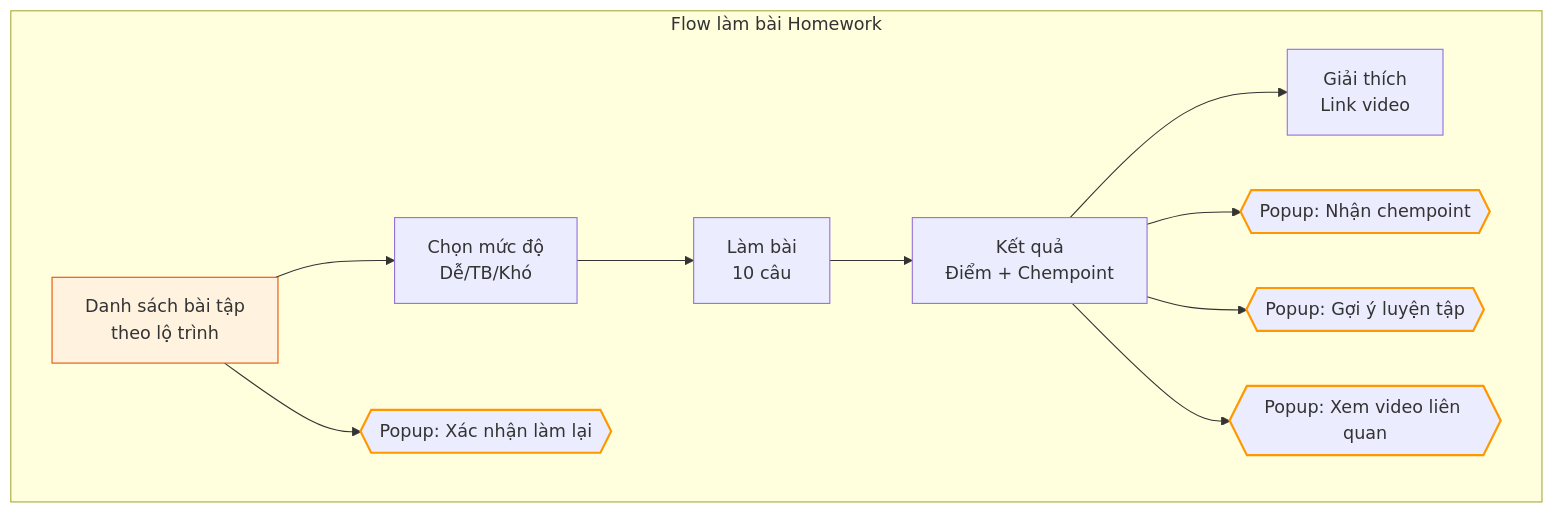
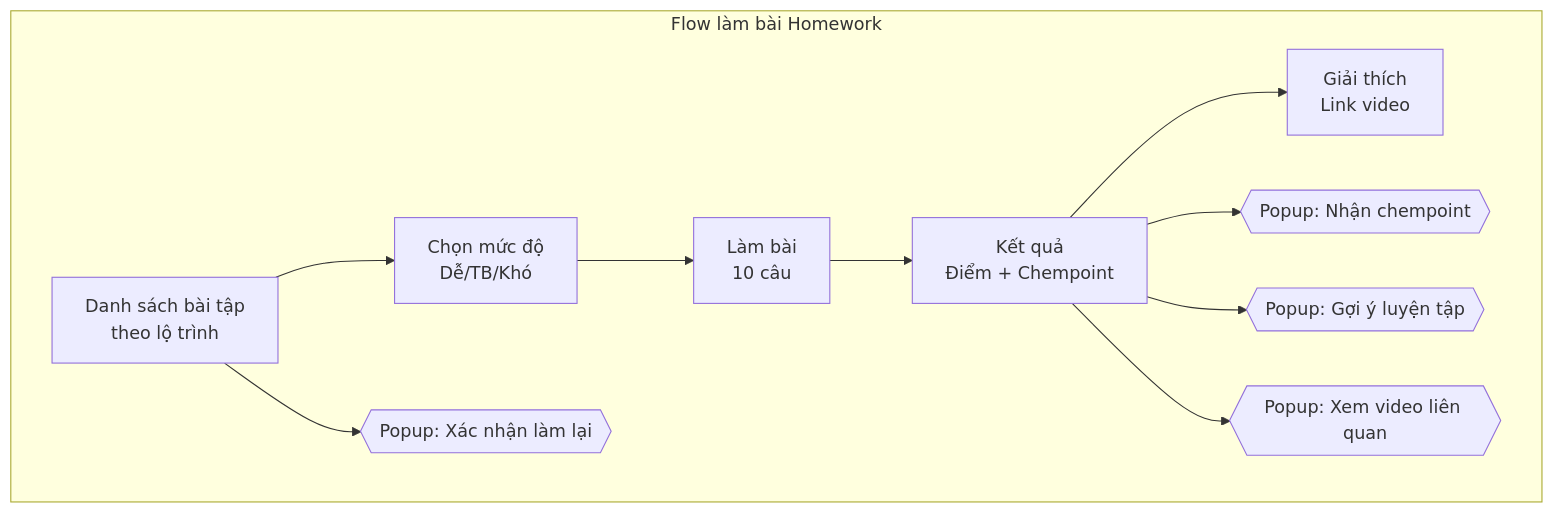
Before and after one commit to ongbadayhoa/study: the second of 5 diagrams in README.md, drawn with Mermaid. The commit also changed other lines of this file, not shown here.

````diff
--- a/README.md
+++ b/README.md
@@ -64,15 +62,13 @@
 ```mermaid
 flowchart TD
     subgraph HomeworkFlow[Flow làm bài Homework]
-        H1[Danh sách bài tập\ntheo lộ trình] --> H2[Chọn mức độ\nDễ/TB/Khó]
-        H2 --> H3[Làm bài\n10 câu]
-        H3 --> H4[Kết quả\nĐiểm + Chempoint]
-        H4 --> H5[Giải thích\nLink video]
-        H1 --> HP1{{Popup: Xác nhận làm lại}}:::popup
-        H4 --> HP2{{Popup: Nhận chempoint}}:::popup
-        H4 --> HP3{{Popup: Gợi ý luyện tập}}:::popup
-        H4 --> HP4{{Popup: Xem video liên quan}}:::popup
-        style H1 fill:#fff3e0,stroke:#e65100
+        H1[Danh sách bài tập<br>theo lộ trình] --> H2[Chọn mức độ<br>Dễ/TB/Khó]
+        H2 --> H3[Làm bài<br>10 câu]
+        H3 --> H4[Kết quả<br>Điểm + Chempoint]
+        H4 --> H5[Giải thích<br>Link video]
+        H1 --> HP1{{Popup: Xác nhận làm lại}}
+        H4 --> HP2{{Popup: Nhận chempoint}}
+        H4 --> HP3{{Popup: Gợi ý luyện tập}}
+        H4 --> HP4{{Popup: Xem video liên quan}}
     end
-    classDef popup stroke:#ff9800,stroke-width:2px;
 ```
````
